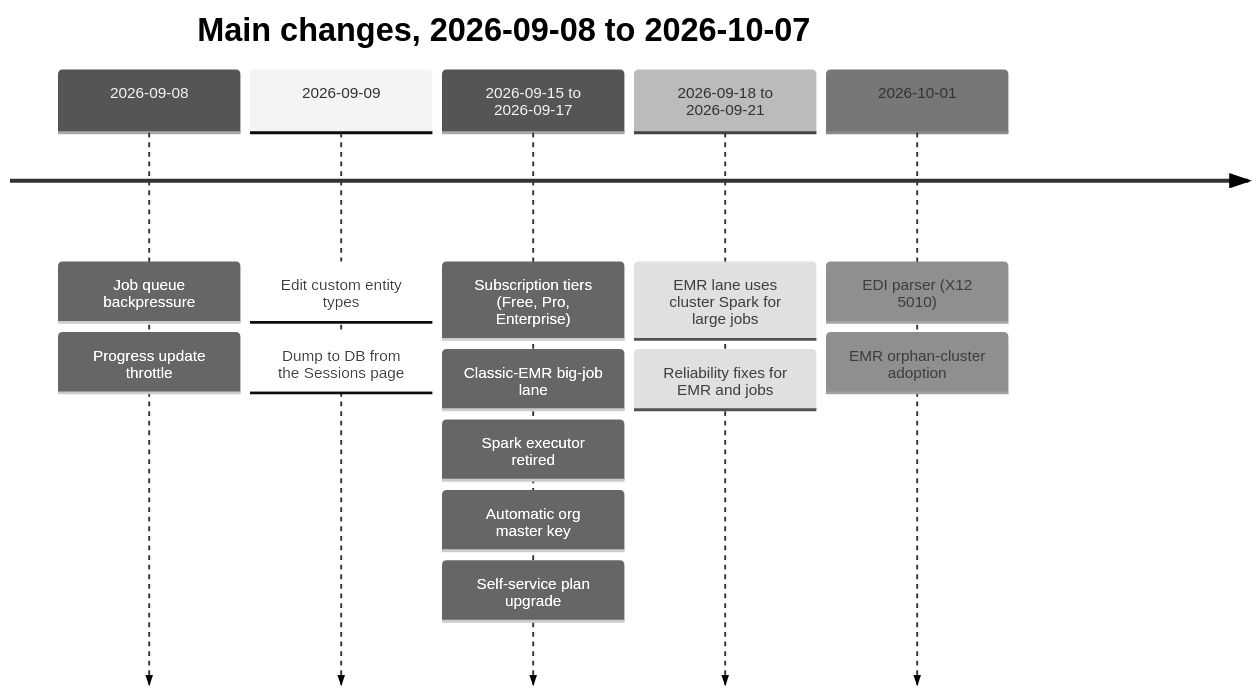
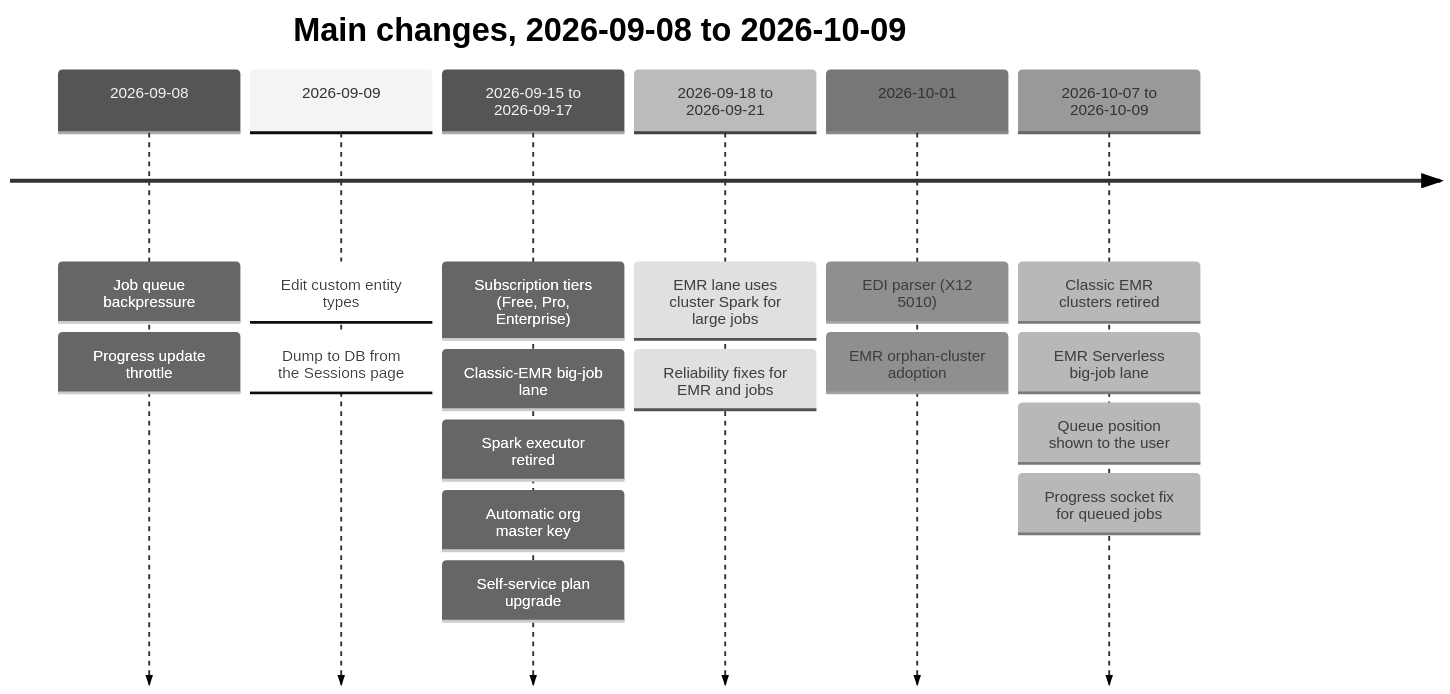
Before and after one commit to DataShield-sp18/data-shield-docs: the diagram in docs/whats-new.md, drawn with Mermaid (neutral theme). The commit also changed other lines of this file and 2 other files, not shown here.

````diff
--- a/docs/whats-new.md
+++ b/docs/whats-new.md
@@ -5,17 +5,21 @@
 ```mermaid
 timeline
-    title Main changes, 2026-09-08 to 2026-10-07
+    title Main changes, 2026-09-08 to 2026-10-09
     2026-09-08 : Job queue backpressure
                : Progress update throttle
     2026-09-09 : Edit custom entity types
                : Dump to DB from the Sessions page
     2026-09-15 to 2026-09-17 : Subscription tiers (Free, Pro, Enterprise)
                              : Classic-EMR big-job lane
                              : Spark executor retired
                              : Automatic org master key
                              : Self-service plan upgrade
     2026-09-18 to 2026-09-21 : EMR lane uses cluster Spark for large jobs
                              : Reliability fixes for EMR and jobs
     2026-10-01 : EDI parser (X12 5010)
                : EMR orphan-cluster adoption
+    2026-10-07 to 2026-10-09 : Classic EMR clusters retired
+                             : EMR Serverless big-job lane
+                             : Queue position shown to the user
+                             : Progress socket fix for queued jobs
 ```
````
